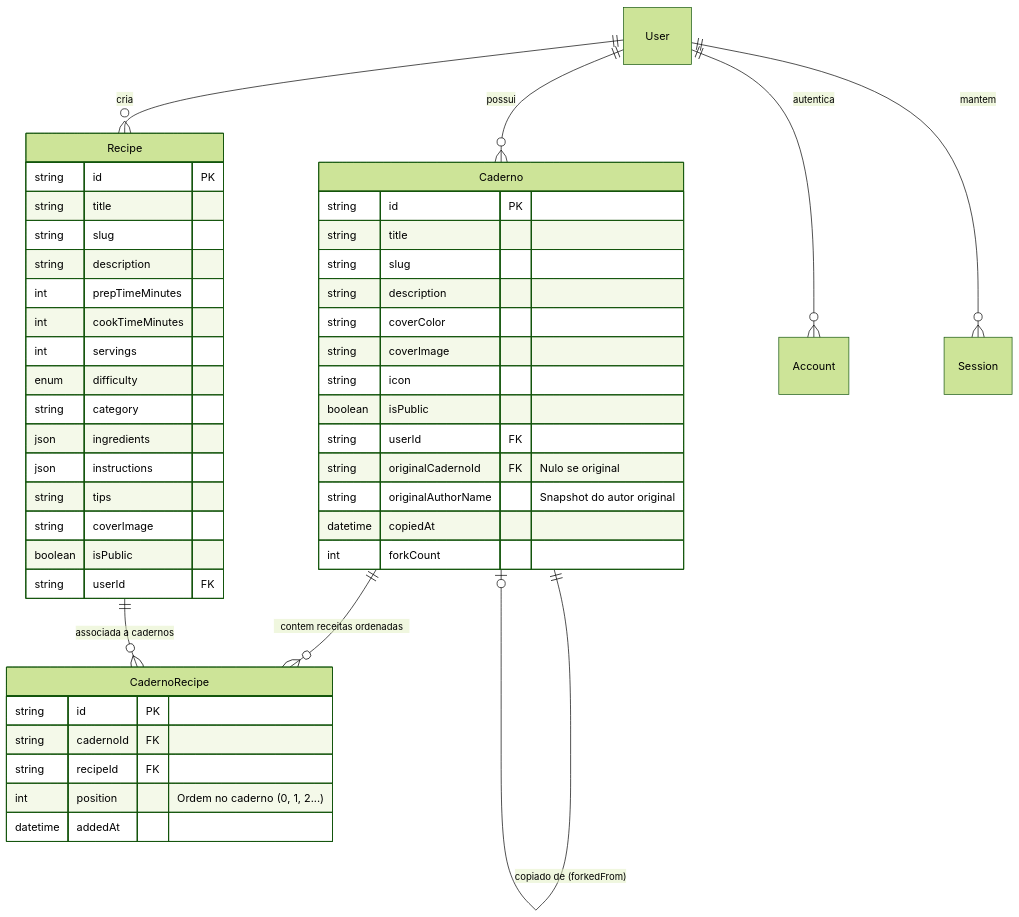
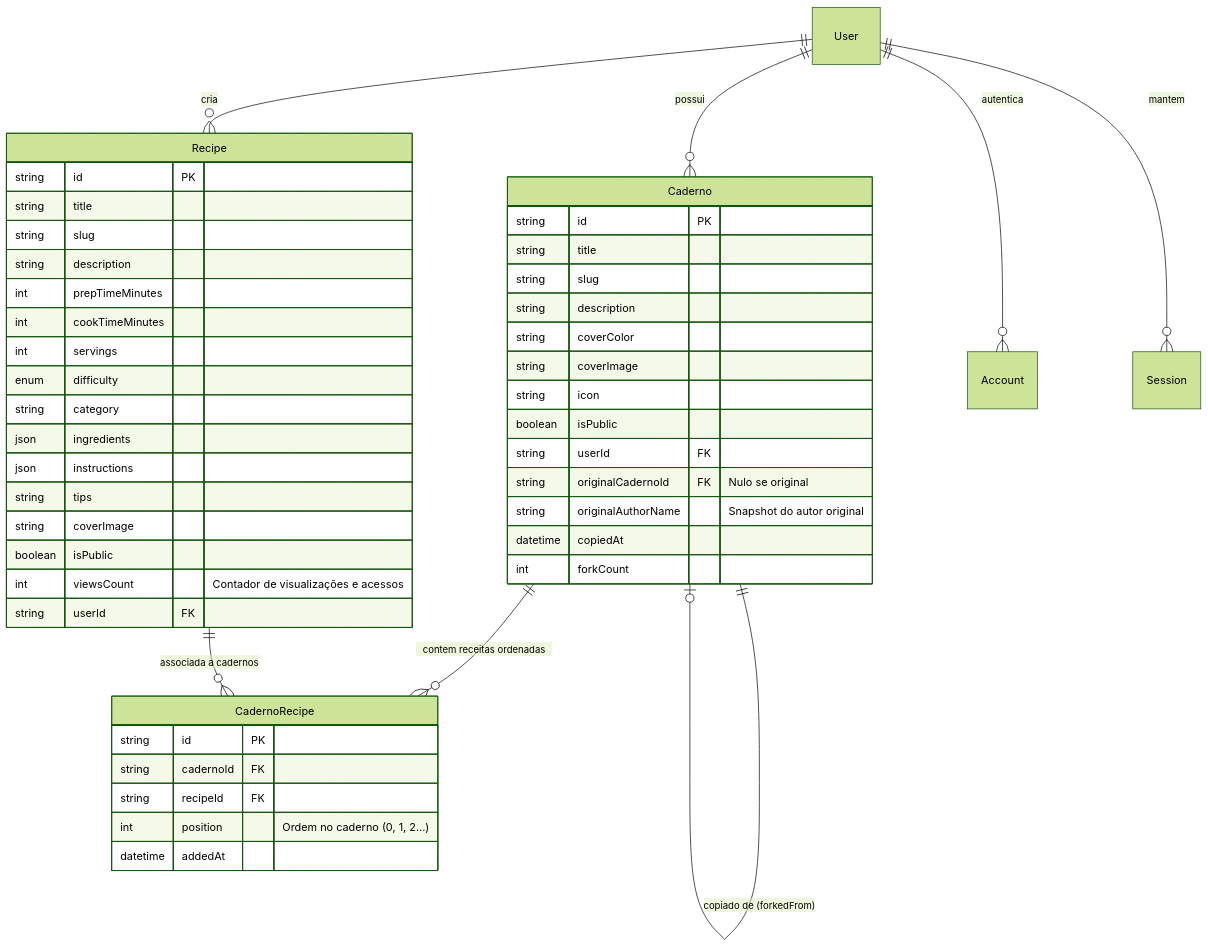
The diagram in docs/ARCHITECTURE.md (lucasdevtec/caderno-de-delicias), drawn with Mermaid (forest theme) before and after one commit. The commit also changed other lines of this file and 7 other files, not shown here.

````diff
--- a/docs/ARCHITECTURE.md
+++ b/docs/ARCHITECTURE.md
@@ -42,54 +42,55 @@
 ```mermaid
 erDiagram
     User ||--o{ Caderno : "possui"
     User ||--o{ Recipe : "cria"
     User ||--o{ Account : "autentica"
     User ||--o{ Session : "mantem"
 
     Caderno ||--o{ CadernoRecipe : "contem receitas ordenadas"
     Caderno ||--o| Caderno : "copiado de (forkedFrom)"
     
     Recipe ||--o{ CadernoRecipe : "associada a cadernos"
 
     Caderno {
         string id PK
         string title
         string slug
         string description
         string coverColor
         string coverImage
         string icon
         boolean isPublic
         string userId FK
         string originalCadernoId FK "Nulo se original"
         string originalAuthorName "Snapshot do autor original"
         datetime copiedAt
         int forkCount
     }
 
     Recipe {
         string id PK
         string title
         string slug
         string description
         int prepTimeMinutes
         int cookTimeMinutes
         int servings
         enum difficulty
         string category
         json ingredients
         json instructions
         string tips
         string coverImage
         boolean isPublic
+        int viewsCount "Contador de visualizações e acessos"
         string userId FK
     }
 
     CadernoRecipe {
         string id PK
         string cadernoId FK
         string recipeId FK
         int position "Ordem no caderno (0, 1, 2...)"
         datetime addedAt
     }
 ```
````
